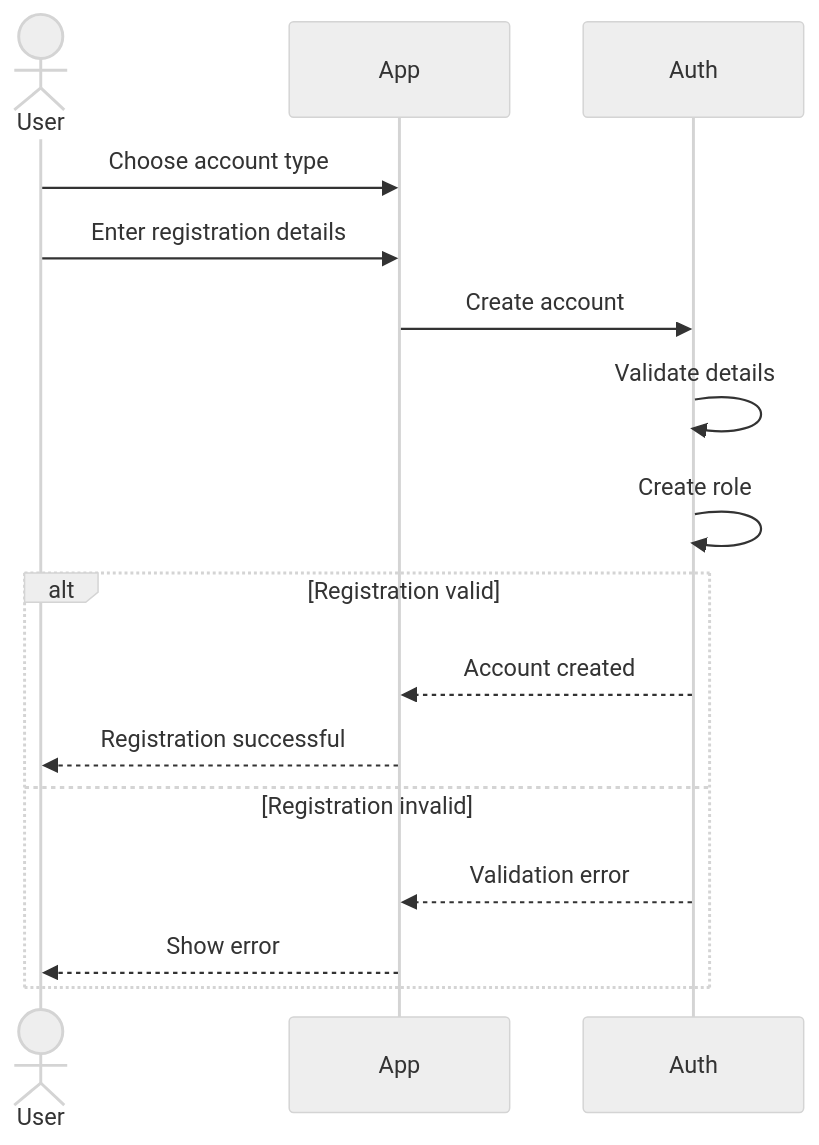
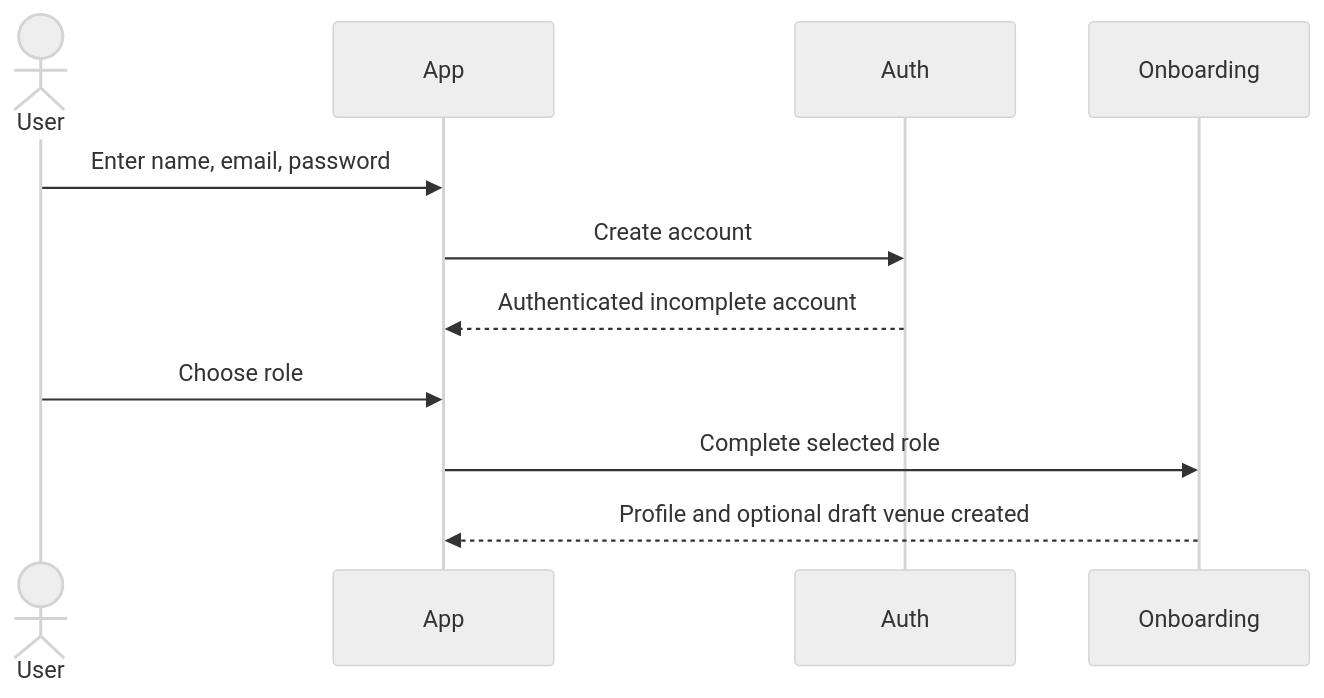
The third of 6 diagrams in docs/specs/authentication.md (5kydriven/sport-hub-api), drawn with Mermaid (neutral theme) before and after one commit. The commit also changed other lines of this file and 29 other files, not shown here.

Commit message:
feat: add versioned role onboarding API

````diff
--- a/docs/specs/authentication.md
+++ b/docs/specs/authentication.md
@@ -668,21 +675,14 @@
 ```mermaid
 sequenceDiagram
     actor User
     participant App
     participant Auth
+    participant Onboarding
 
-    User->>App: Choose account type
-    User->>App: Enter registration details
+    User->>App: Enter name, email, password
     App->>Auth: Create account
-
-    Auth->>Auth: Validate details
-    Auth->>Auth: Create role
-
-    alt Registration valid
-        Auth-->>App: Account created
-        App-->>User: Registration successful
-    else Registration invalid
-        Auth-->>App: Validation error
-        App-->>User: Show error
-    end
+    Auth-->>App: Authenticated incomplete account
+    User->>App: Choose role
+    App->>Onboarding: Complete selected role
+    Onboarding-->>App: Profile and optional draft venue created
 ```
````
